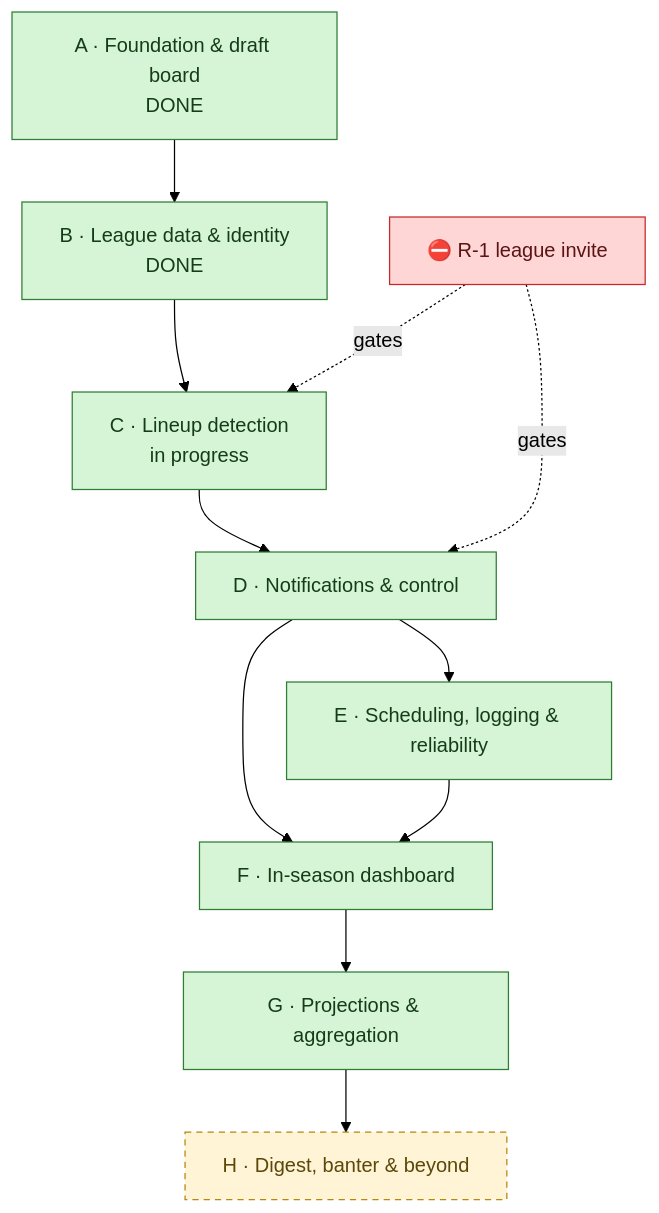
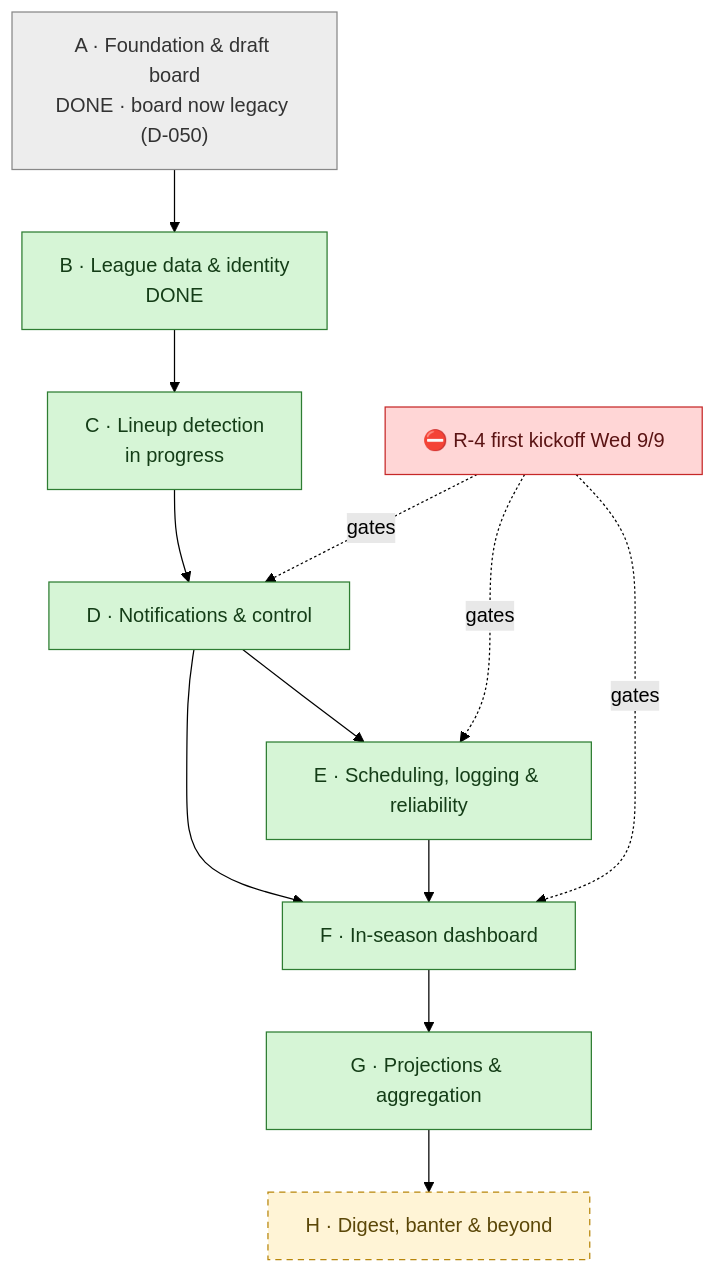
The first of 2 diagrams in ROADMAP.md (scronk74/fantasy-football-co-coach), drawn with Mermaid (forest theme) before and after one commit. The commit also changed other lines of this file and 2 other files, not shown here.

````diff
--- a/ROADMAP.md
+++ b/ROADMAP.md
@@ -49,23 +56,24 @@
 ```mermaid
 flowchart TD
     classDef confirmed fill:#d6f5d6,stroke:#2e7d32,color:#143d17;
     classDef proposed fill:#fff4d6,stroke:#b8860b,stroke-dasharray:5 4,color:#5b4708;
     classDef block fill:#ffd6d6,stroke:#c62828,color:#5b1414;
     classDef hold fill:#ededed,stroke:#888,color:#333;
 
-    A["A · Foundation & draft board<br/>DONE"]:::confirmed
+    A["A · Foundation & draft board<br/>DONE · board now legacy (D-050)"]:::hold
     B["B · League data & identity<br/>DONE"]:::confirmed
     C["C · Lineup detection<br/>in progress"]:::confirmed
     D["D · Notifications & control"]:::confirmed
     E["E · Scheduling, logging & reliability"]:::confirmed
     F["F · In-season dashboard"]:::confirmed
     G["G · Projections & aggregation"]:::confirmed
     H["H · Digest, banter & beyond"]:::proposed
 
     A --> B --> C --> D --> E
     D --> F
     E --> F
     F --> G --> H
-    R1["⛔ R-1 league invite"]:::block -. gates .-> C
-    R1 -. gates .-> D
+    R4["⛔ R-4 first kickoff Wed 9/9"]:::block -. gates .-> D
+    R4 -. gates .-> E
+    R4 -. gates .-> F
 ```
````
